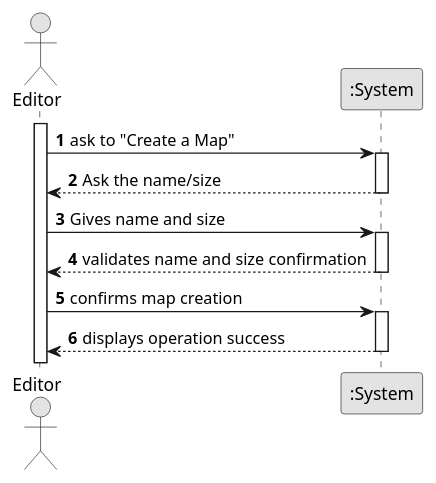
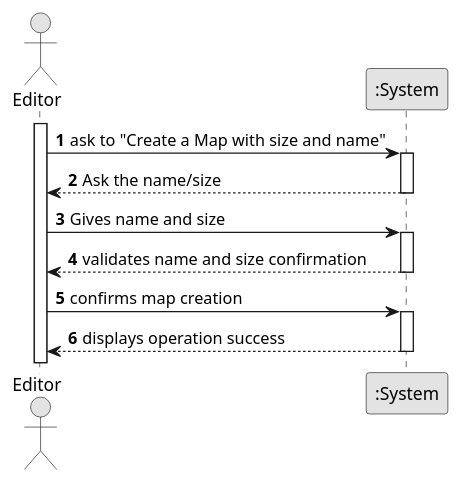
One commit to 1240826/empire-on-tracks changed the diagram in docs/system-documentation/US001/01.requirements-engineering/puml/US001-SSD.puml. Above: the diagram before and after it, drawn with PlantUML. The commit also changed 10 other files, not shown here.

```diff
--- a/docs/system-documentation/US001/01.requirements-engineering/puml/US001-SSD.puml
+++ b/docs/system-documentation/US001/01.requirements-engineering/puml/US001-SSD.puml
@@ -1,31 +1,31 @@
 @startuml
 skinparam monochrome true
 skinparam packageStyle rectangle
 skinparam shadowing false
 
 autonumber
 
 actor "Editor" as Employee
 participant ":System" as System
 
 activate Employee
 
-    Employee -> System : ask to "Create a Map"
+    Employee -> System : ask to "Create a Map with size and name"
     activate System
 
         System --> Employee : Ask the name/size
     deactivate System
 
     Employee -> System : Gives name and size
     activate System
 
     System --> Employee : validates name and size confirmation
     deactivate System
 
      Employee -> System : confirms map creation
      activate System
 
      System --> Employee : displays operation success
      deactivate System
 
 @enduml
```
